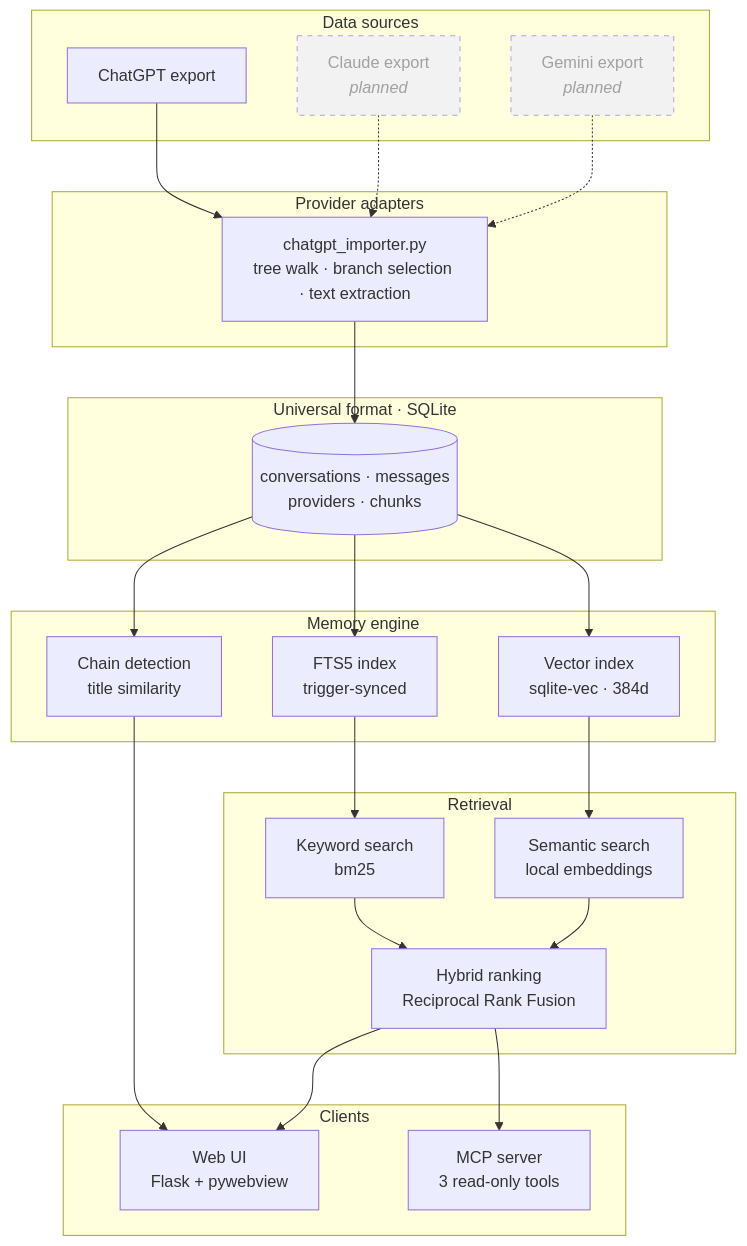
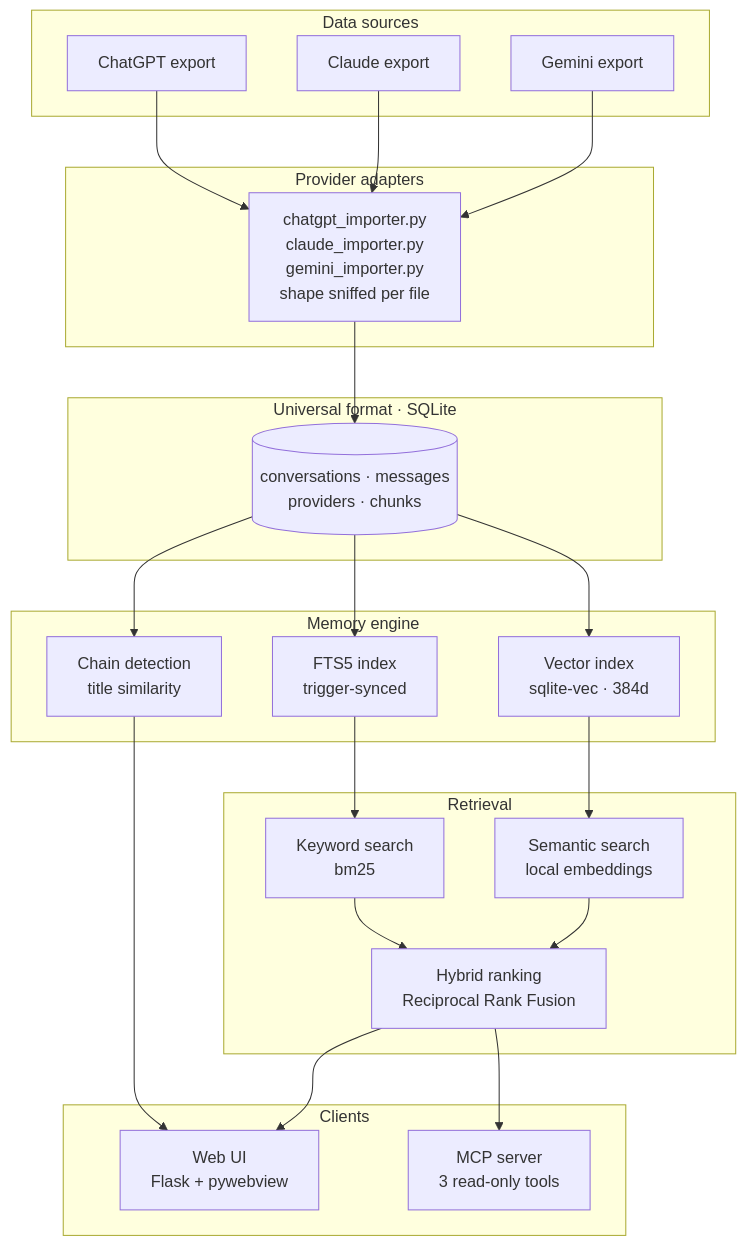
Before and after one commit to adithya1102/ai_memory: the diagram in README.md, drawn with Mermaid. The commit also changed other lines of this file and 15 other files, not shown here.

````diff
--- a/README.md
+++ b/README.md
@@ -267,51 +272,49 @@
 ```mermaid
 flowchart TD
     subgraph sources [" Data sources "]
         A1["ChatGPT export"]
-        A2["Claude export<br/><i>planned</i>"]
-        A3["Gemini export<br/><i>planned</i>"]
+        A2["Claude export"]
+        A3["Gemini export"]
     end
 
     subgraph adapters [" Provider adapters "]
-        B1["chatgpt_importer.py<br/>tree walk · branch selection · text extraction"]
+        B1["chatgpt_importer.py<br/>claude_importer.py<br/>gemini_importer.py<br/>shape sniffed per file"]
     end
 
     subgraph universal [" Universal format · SQLite "]
         C1[("conversations · messages<br/>providers · chunks")]
     end
 
     subgraph engine [" Memory engine "]
         D1["FTS5 index<br/>trigger-synced"]
         D2["Vector index<br/>sqlite-vec · 384d"]
         D3["Chain detection<br/>title similarity"]
     end
 
     subgraph retrieval [" Retrieval "]
         E1["Keyword search<br/>bm25"]
         E2["Semantic search<br/>local embeddings"]
         E3["Hybrid ranking<br/>Reciprocal Rank Fusion"]
     end
 
     subgraph clients [" Clients "]
         F1["Web UI<br/>Flask + pywebview"]
         F2["MCP server<br/>3 read-only tools"]
     end
 
     A1 --> B1
-    A2 -.-> B1
-    A3 -.-> B1
+    A2 --> B1
+    A3 --> B1
     B1 --> C1
     C1 --> D1
     C1 --> D2
     C1 --> D3
     D1 --> E1
     D2 --> E2
     E1 --> E3
     E2 --> E3
     D3 --> F1
     E3 --> F1
     E3 --> F2
 
-    classDef planned stroke-dasharray: 5 5,opacity:0.65
-    class A2,A3 planned
 ```
````
